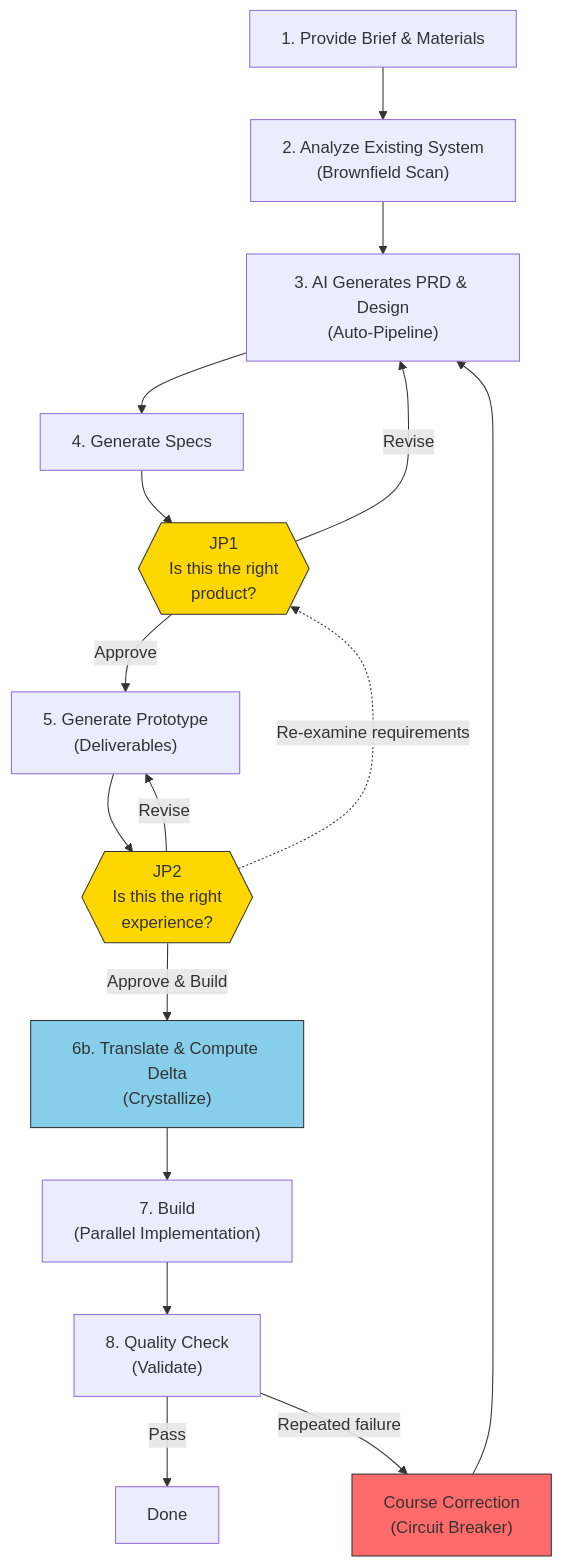
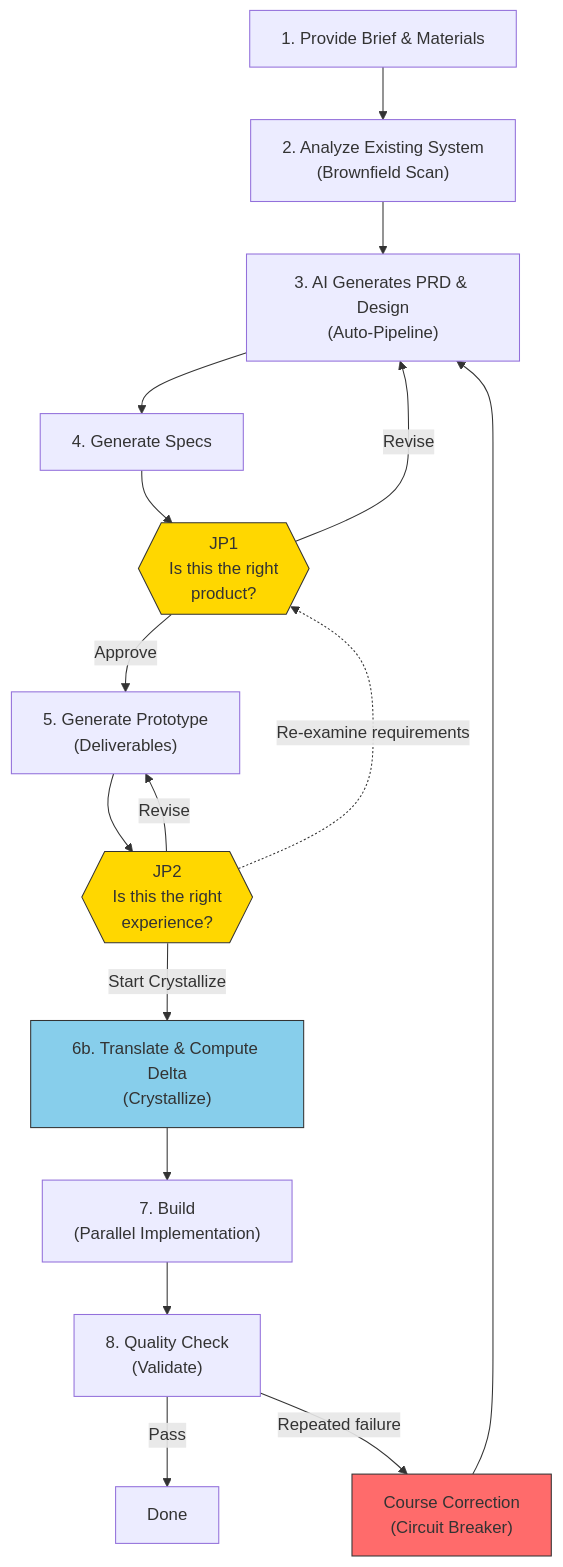
The diagram in README.md (kangminlee-maker/jdd-sprint-kit), drawn with Mermaid before and after one commit. The commit also changed other lines of this file and 14 other files, not shown here.

First line of the commit message:
feat: implement Constraint Profile + Crystallize Precision Delta redesign

````diff
--- a/README.md
+++ b/README.md
@@ -15,23 +15,23 @@
 ```mermaid
 flowchart TD
     A["1. Provide Brief & Materials"] --> B["2. Analyze Existing System\n(Brownfield Scan)"]
     B --> C["3. AI Generates PRD & Design\n(Auto-Pipeline)"]
     C --> D["4. Generate Specs"]
     D --> JP1{{"JP1\nIs this the right\nproduct?"}}
     JP1 -->|Approve| E["5. Generate Prototype\n(Deliverables)"]
     JP1 -->|Revise| C
     E --> JP2{{"JP2\nIs this the right\nexperience?"}}
-    JP2 -->|Approve & Build| CR["6b. Translate & Compute Delta\n(Crystallize)"]
+    JP2 -->|Start Crystallize| CR["6b. Translate & Compute Delta\n(Crystallize)"]
     JP2 -->|Revise| E
     JP2 -.->|Re-examine requirements| JP1
     CR --> F["7. Build\n(Parallel Implementation)"]
     F --> G["8. Quality Check\n(Validate)"]
     G -->|Pass| H["Done"]
     G -->|Repeated failure| CB["Course Correction\n(Circuit Breaker)"]
     CB --> C
 
     style JP1 fill:#FFD700,stroke:#333
     style JP2 fill:#FFD700,stroke:#333
     style CR fill:#87CEEB,stroke:#333
     style CB fill:#FF6B6B,stroke:#333
 ```
````
